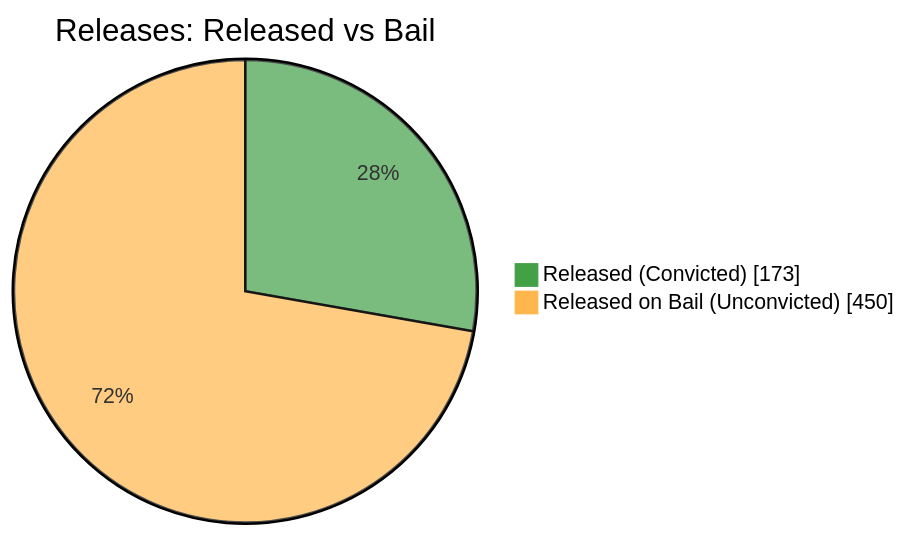
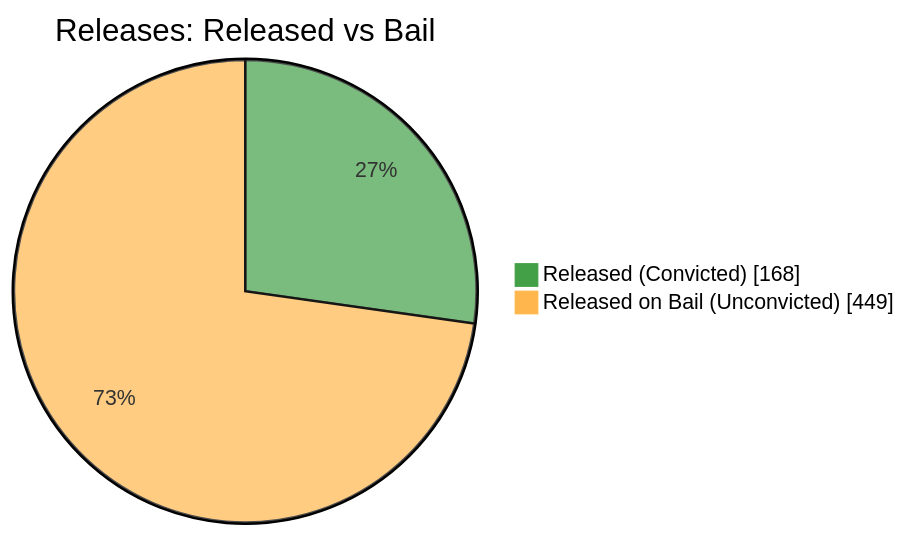
One commit to nuuuwan/lk_prisons changed the fifth of 7 diagrams in README.md. Above: the diagram before and after it, drawn with Mermaid. The commit also changed other lines of this file and 1 other file, not shown here.

````diff
--- a/README.md
+++ b/README.md
@@ -87,6 +87,6 @@
 ```mermaid
 %%{init: {'themeVariables': {'pie1': '#43A047', 'pie2': '#FFB74D'}}}%%
 pie showData title Releases: Released vs Bail
-    "Released (Convicted)" : 173
-    "Released on Bail (Unconvicted)" : 450
+    "Released (Convicted)" : 168
+    "Released on Bail (Unconvicted)" : 449
 ```
````
